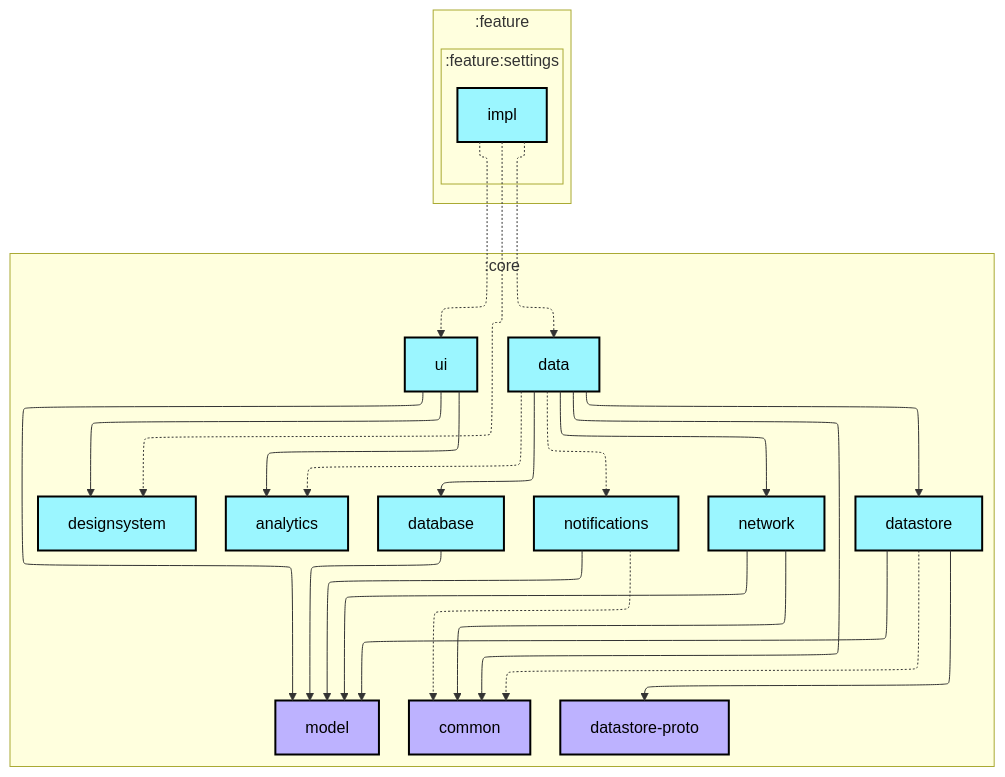
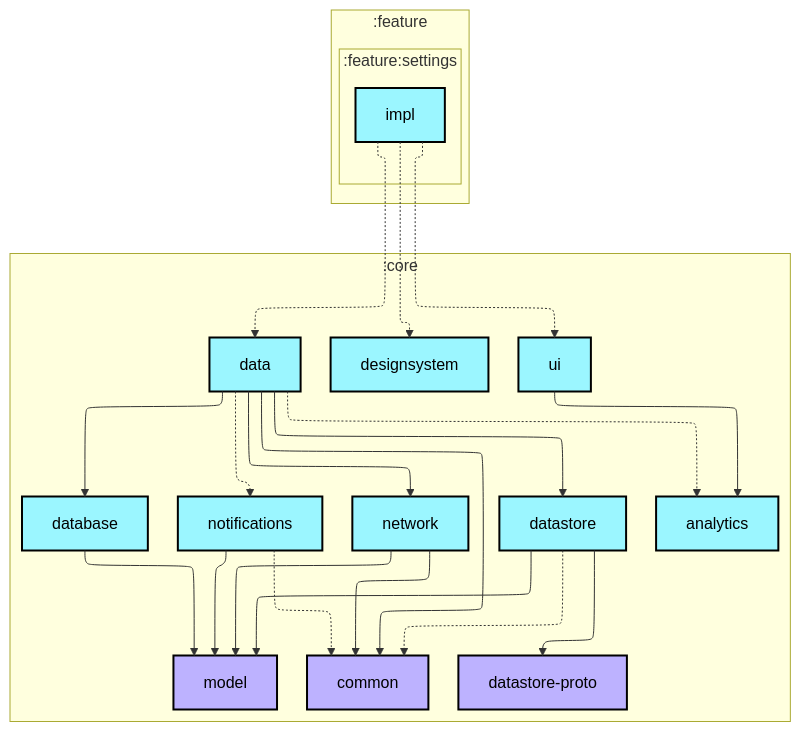
Before and after one commit to weiyuhl/nowinandroidtest: the first of 2 diagrams in feature/settings/impl/README.md, drawn with Mermaid. The commit also changed 145 other files, not shown here.

````diff
--- a/feature/settings/impl/README.md
+++ b/feature/settings/impl/README.md
@@ -6,58 +6,56 @@
 ```mermaid
 ---
 config:
   layout: elk
   elk:
     nodePlacementStrategy: SIMPLE
 ---
 graph TB
   subgraph :feature
     direction TB
     subgraph :feature:settings
       direction TB
       :feature:settings:impl[impl]:::android-library
     end
   end
   subgraph :core
     direction TB
     :core:analytics[analytics]:::android-library
     :core:common[common]:::jvm-library
     :core:data[data]:::android-library
     :core:database[database]:::android-library
     :core:datastore[datastore]:::android-library
     :core:datastore-proto[datastore-proto]:::jvm-library
     :core:designsystem[designsystem]:::android-library
     :core:model[model]:::jvm-library
     :core:network[network]:::android-library
     :core:notifications[notifications]:::android-library
     :core:ui[ui]:::android-library
   end
 
   :core:data -.-> :core:analytics
   :core:data --> :core:common
   :core:data --> :core:database
   :core:data --> :core:datastore
   :core:data --> :core:network
   :core:data -.-> :core:notifications
   :core:database --> :core:model
   :core:datastore -.-> :core:common
   :core:datastore --> :core:datastore-proto
   :core:datastore --> :core:model
   :core:network --> :core:common
   :core:network --> :core:model
   :core:notifications -.-> :core:common
   :core:notifications --> :core:model
   :core:ui --> :core:analytics
-  :core:ui --> :core:designsystem
-  :core:ui --> :core:model
   :feature:settings:impl -.-> :core:data
   :feature:settings:impl -.-> :core:designsystem
   :feature:settings:impl -.-> :core:ui
 
 classDef android-application fill:#CAFFBF,stroke:#000,stroke-width:2px,color:#000;
 classDef android-feature fill:#FFD6A5,stroke:#000,stroke-width:2px,color:#000;
 classDef android-library fill:#9BF6FF,stroke:#000,stroke-width:2px,color:#000;
 classDef android-test fill:#A0C4FF,stroke:#000,stroke-width:2px,color:#000;
 classDef jvm-library fill:#BDB2FF,stroke:#000,stroke-width:2px,color:#000;
 classDef unknown fill:#FFADAD,stroke:#000,stroke-width:2px,color:#000;
 ```
````
